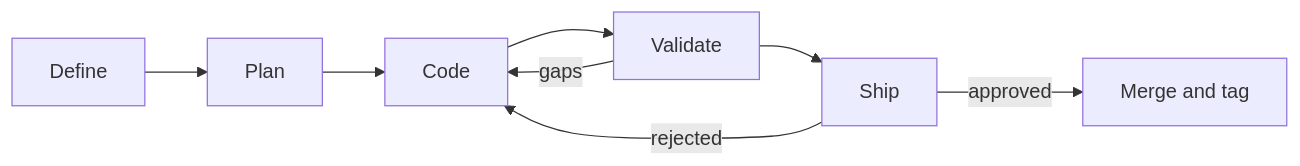
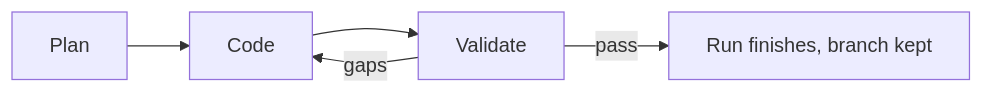
The diagram in docs/index.md (denniyahh/devflow), drawn with Mermaid before and after one commit. The commit also changed other lines of this file and 8 other files, not shown here.

First line of the commit message:
feat(52-18): docs site describes only Plan, Code and Validate

````diff
--- a/docs/index.md
+++ b/docs/index.md
@@ -9,7 +9,6 @@
 ```mermaid
 flowchart LR
-    D[Define] --> P[Plan] --> C[Code] --> V[Validate] --> S[Ship]
+    P[Plan] --> C[Code] --> V[Validate]
     V -->|gaps| C
-    S -->|approved| M[Merge and tag]
-    S -->|rejected| C
+    V -->|pass| F[Run finishes, branch kept]
 ```
````
